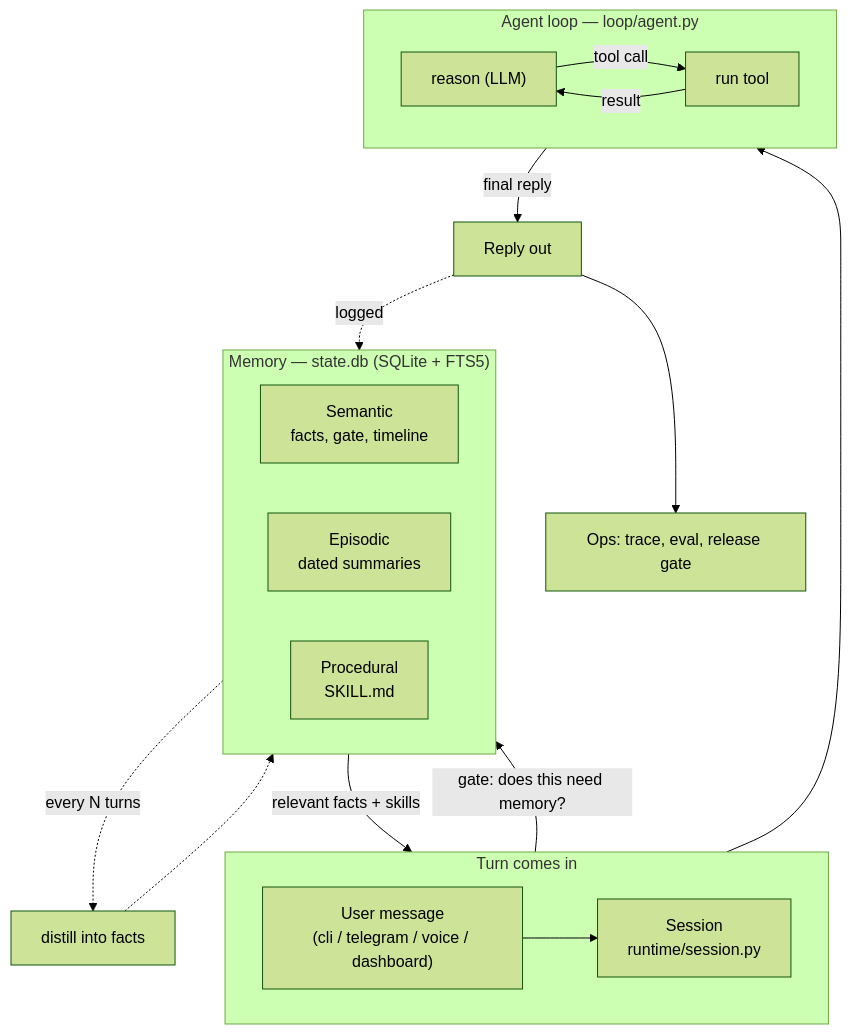
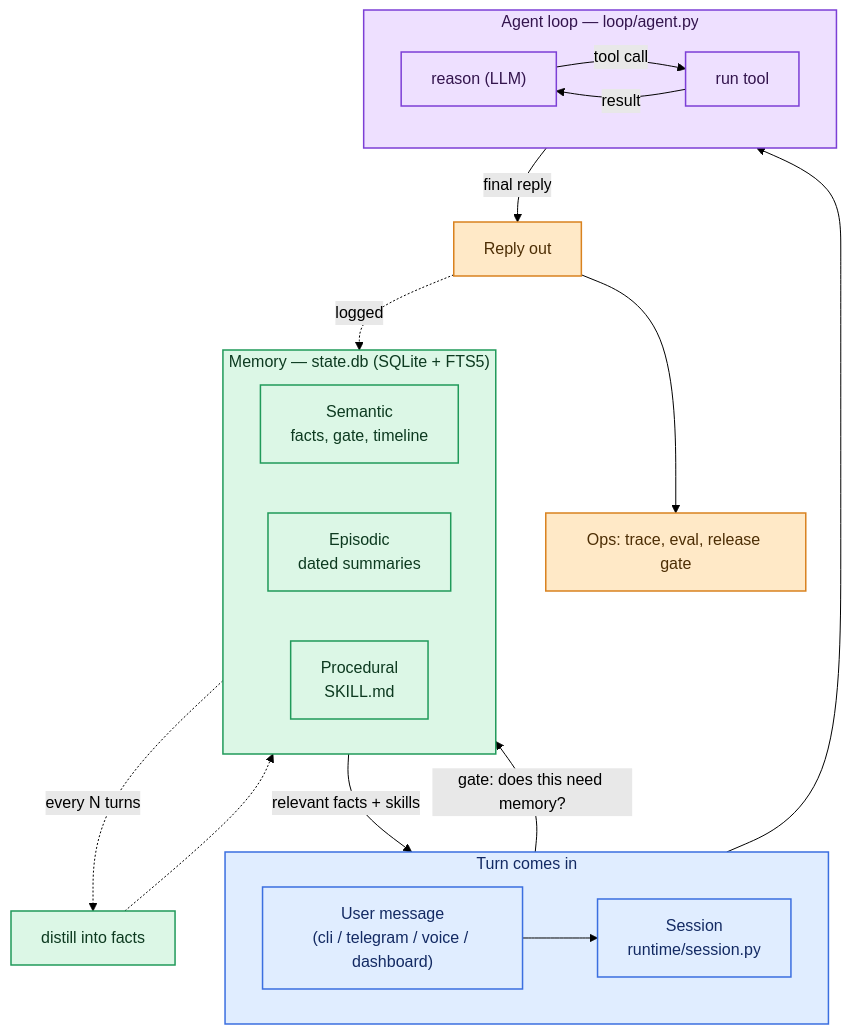
One commit to sridhar-3009/sieve-agent changed the first of 2 diagrams in README.md. Above: the diagram before and after it, drawn with Mermaid (forest theme). The commit also changed other lines of this file and 2 other files, not shown here.

First line of the commit message:
Color the diagrams, add badges, fix a stale doc reference

````diff
--- a/README.md
+++ b/README.md
@@ -165,28 +171,37 @@
 ```mermaid
 flowchart TD
   subgraph IN["Turn comes in"]
     direction LR
     U["User message<br/>(cli / telegram / voice / dashboard)"] --> S["Session<br/>runtime/session.py"]
   end
 
   subgraph MEM["Memory — state.db (SQLite + FTS5)"]
     direction LR
     SEM["Semantic<br/>facts, gate, timeline"]
     EPI["Episodic<br/>dated summaries"]
     PRO["Procedural<br/>SKILL.md"]
   end
 
   S -->|"gate: does this need memory?"| MEM
   MEM -->|relevant facts + skills| S
   S --> AL
 
   subgraph AL["Agent loop — loop/agent.py"]
     direction LR
     R1["reason (LLM)"] -->|tool call| T["run tool"] -->|result| R1
   end
 
   AL -->|final reply| OUT["Reply out"]
   OUT -.->|logged| MEM
   MEM -.->|every N turns| DIST["distill into facts"] -.-> MEM
   OUT --> OPS["Ops: trace, eval, release gate"]
+
+  classDef input fill:#e0edff,stroke:#3b6fe0,color:#132a63,stroke-width:1.5px
+  classDef memory fill:#dcf7e6,stroke:#209a5a,color:#0d3a20,stroke-width:1.5px
+  classDef loop fill:#eee0ff,stroke:#7c3fd6,color:#33144d,stroke-width:1.5px
+  classDef ops fill:#ffe9c7,stroke:#d9821f,color:#4d2e05,stroke-width:1.5px
+  class U,S,IN input
+  class SEM,EPI,PRO,DIST,MEM memory
+  class R1,T,AL loop
+  class OUT,OPS ops
 ```
````
